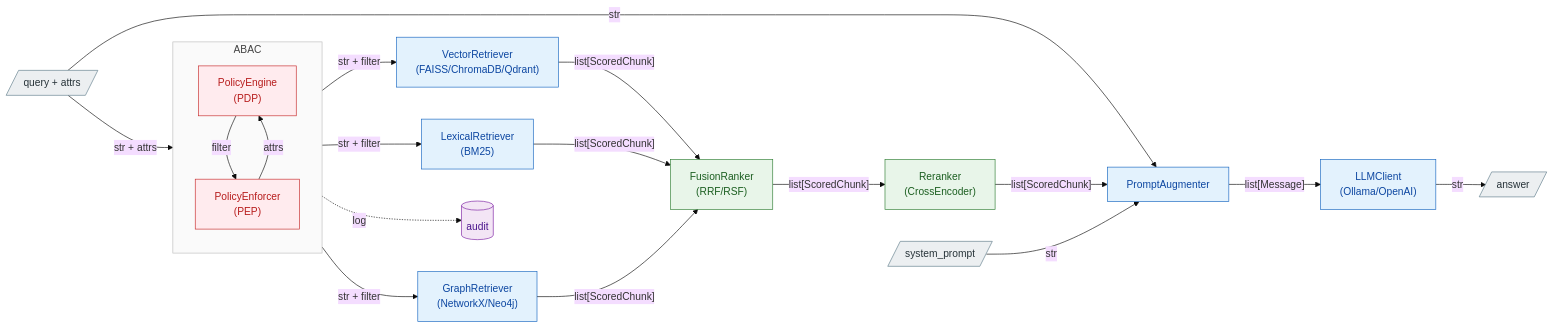
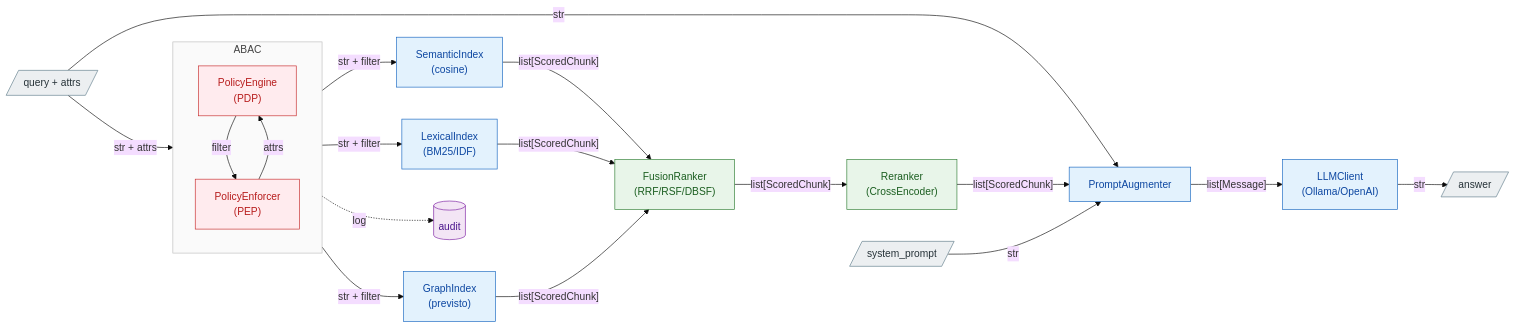
Before and after one commit to DavideFricano/autograph-rag: the second of 2 diagrams in docs/roadmap-sources-abac.md, drawn with Mermaid (base theme). The commit also changed other lines of this file, not shown here.

First line of the commit message:
docs(roadmap): align the ABAC roadmap with what got built

````diff
--- a/docs/roadmap-sources-abac.md
+++ b/docs/roadmap-sources-abac.md
@@ -246,43 +288,43 @@
 ```mermaid
 flowchart LR
  subgraph XABAC["ABAC"]
     direction TB
         PDP["PolicyEngine<br>(PDP)"]
         PEP["PolicyEnforcer<br>(PEP)"]
   end
     PEP -- attrs --> PDP
     PDP -- filter --> PEP
     q[/"query + attrs<br>"/] -->|"str + attrs"| PEP
     q -- str --> AUG["PromptAugmenter"]
-    PEP -->|"str + filter"| BM["LexicalRetriever<br>(BM25)"] & VR["VectorRetriever<br>(FAISS/ChromaDB/Qdrant)"] & GR["GraphRetriever<br>(NetworkX/Neo4j)"]
-    VR -- list[ScoredChunk] --> F["FusionRanker<br>(RRF/RSF)"]
+    PEP -->|"str + filter"| BM["LexicalIndex<br>(BM25/IDF)"] & VR["SemanticIndex<br>(cosine)"] & GR["GraphIndex<br>(previsto)"]
+    VR -- list[ScoredChunk] --> F["FusionRanker<br>(RRF/RSF/DBSF)"]
     BM -- list[ScoredChunk] --> F
     GR -- list[ScoredChunk] --> F
     F -- list[ScoredChunk]<br> --> RR["Reranker<br>(CrossEncoder)"]
     RR -- list[ScoredChunk]<br> --> AUG
     AUG -- list[Message] --> LLM["LLMClient<br>(Ollama/OpenAI)"]
     LLM -- str --> ANS[/"answer"/]
     n1[/"system_prompt"/] -- str --> AUG
     PEP -. log .-> AUD[("audit")]
 
      PDP:::policy
      PEP:::policy
      q:::io
      AUG:::step
      BM:::step
      VR:::step
      GR:::step
      F:::rank
      RR:::rank
      LLM:::step
      ANS:::io
      n1:::io
      AUD:::db
      XABAC:::group
     classDef io fill:#eceff1,stroke:#607d8b,color:#263238
     classDef step fill:#e3f2fd,stroke:#1565c0,color:#0d47a1
     classDef rank fill:#e8f5e9,stroke:#2e7d32,color:#1b5e20
     classDef db fill:#f3e5f5,stroke:#7b1fa2,color:#4a148c
     classDef policy fill:#ffebee,stroke:#c62828,color:#b71c1c
     classDef group fill:#fafafa,stroke:#bdbdbd,color:#424242
 ```
````
